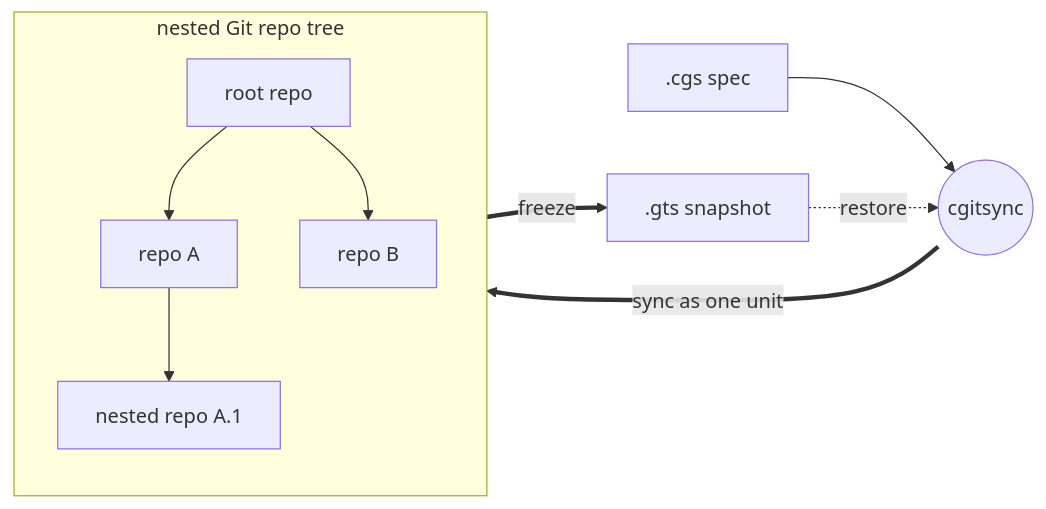
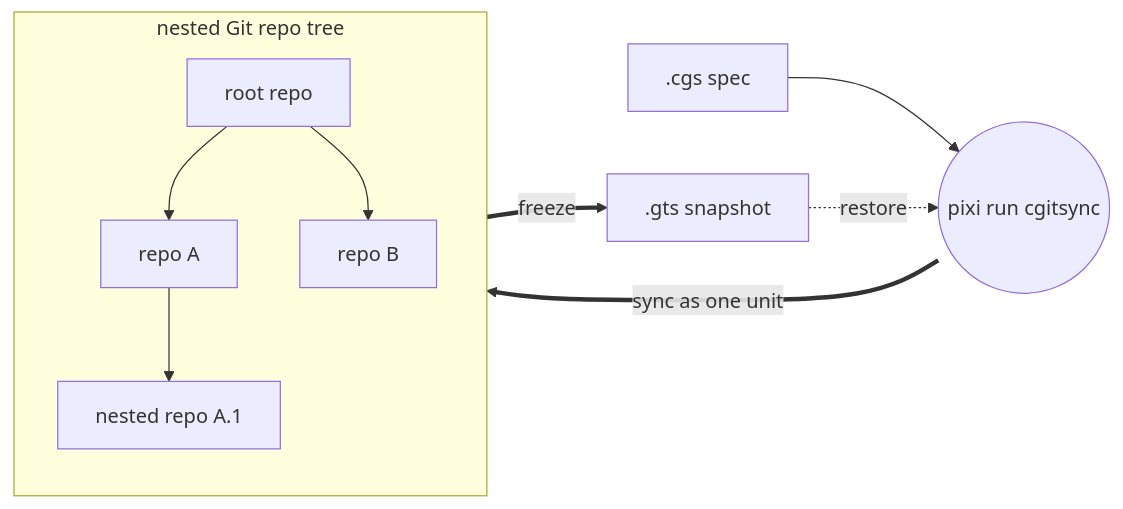
The diagram in README.md (flipoyo/ComplexGitSync), drawn with Mermaid before and after one commit. The commit also changed other lines of this file and 18 other files, not shown here.

Commit message:
CGS2.11 : Tutorials reworked and renamed (docs/tutorials/), didactic order 1→3. + Pixi clarity, everywhere it was ambiguous

````diff
--- a/README.md
+++ b/README.md
@@ -8,15 +10,15 @@
 ```mermaid
 flowchart LR
-    CGS[".cgs spec"] --> CLI((cgitsync))
+    CGS[".cgs spec"] --> CLI(("pixi run cgitsync"))
     GTS[".gts snapshot"] -.->|restore| CLI
 
     subgraph TREE["nested Git repo tree"]
         direction TB
         Root["root repo"] --> A["repo A"]
         Root --> B["repo B"]
         A --> A1["nested repo A.1"]
     end
 
     CLI ==>|sync as one unit| TREE
     TREE ==>|freeze| GTS
 ```
````
